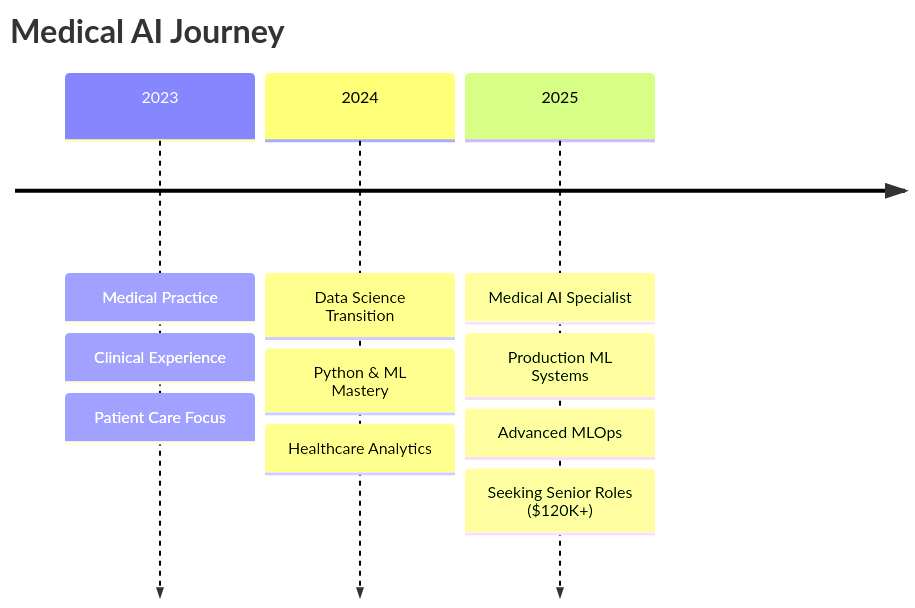
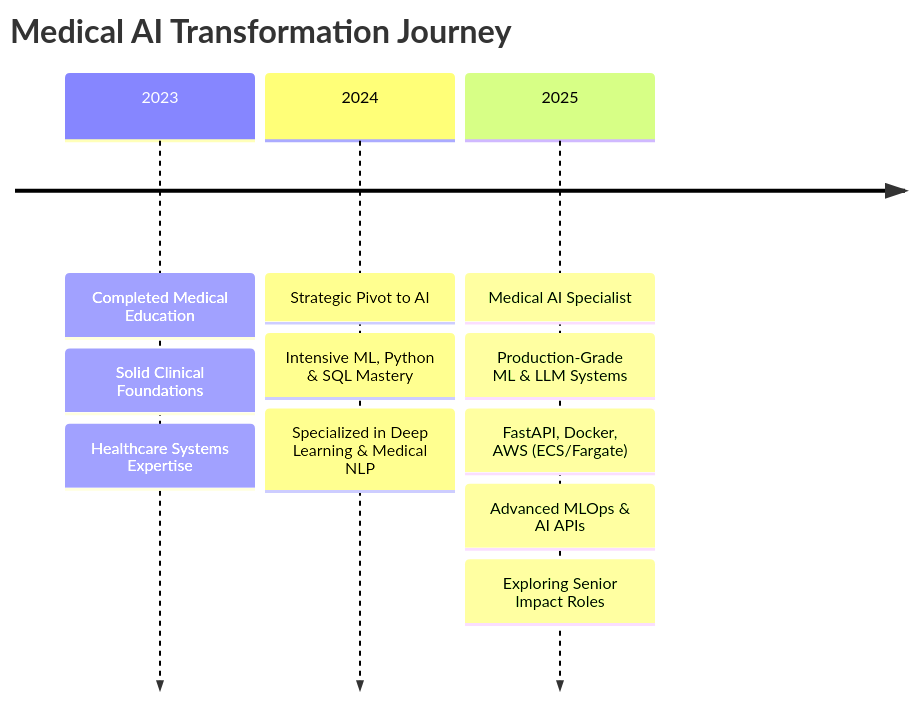
The diagram in README.md (dr-ridwanoladipo/dr-ridwanoladipo), drawn with Mermaid before and after one commit. The commit also changed other lines of this file, not shown here.

````diff
--- a/README.md
+++ b/README.md
@@ -134,17 +136,18 @@
 ```mermaid
 timeline
-    title Medical AI Journey
-    
-    2023 : Medical Practice
-         : Clinical Experience
-         : Patient Care Focus
-    
-    2024 : Data Science Transition  
-         : Python & ML Mastery
-         : Healthcare Analytics
-    
+    title Medical AI Transformation Journey
+
+    2023 : Completed Medical Education
+         : Solid Clinical Foundations
+         : Healthcare Systems Expertise
+
+    2024 : Strategic Pivot to AI
+         : Intensive ML, Python & SQL Mastery
+         : Specialized in Deep Learning & Medical NLP
+
     2025 : Medical AI Specialist
-         : Production ML Systems
-         : Advanced MLOps
-         : Seeking Senior Roles ($120K+)
+         : Production-Grade ML & LLM Systems
+         : FastAPI, Docker, AWS (ECS/Fargate)
+         : Advanced MLOps & AI APIs
+         : Exploring Senior Impact Roles
 ```
````
